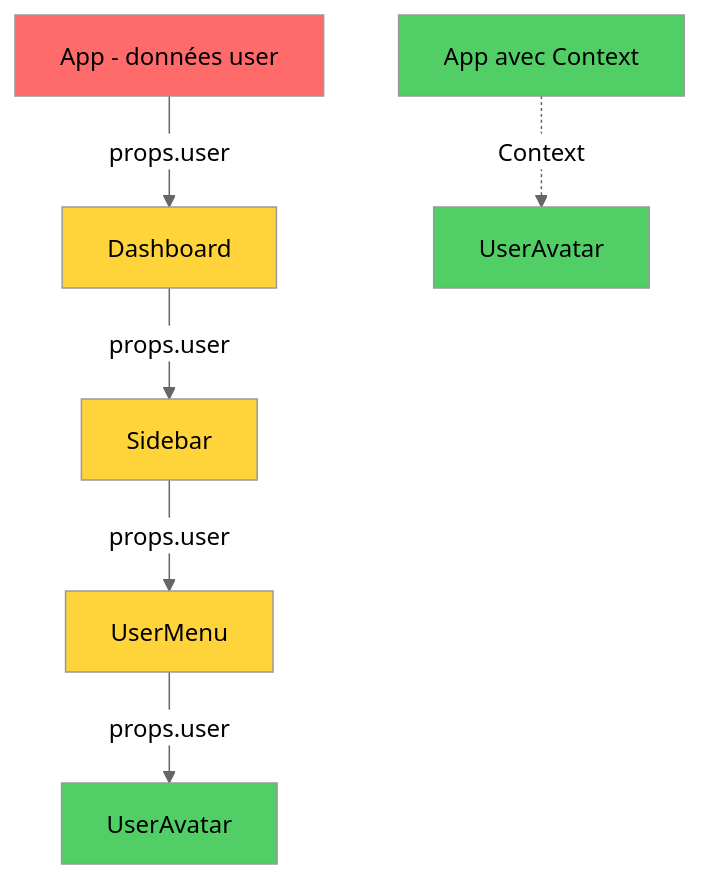
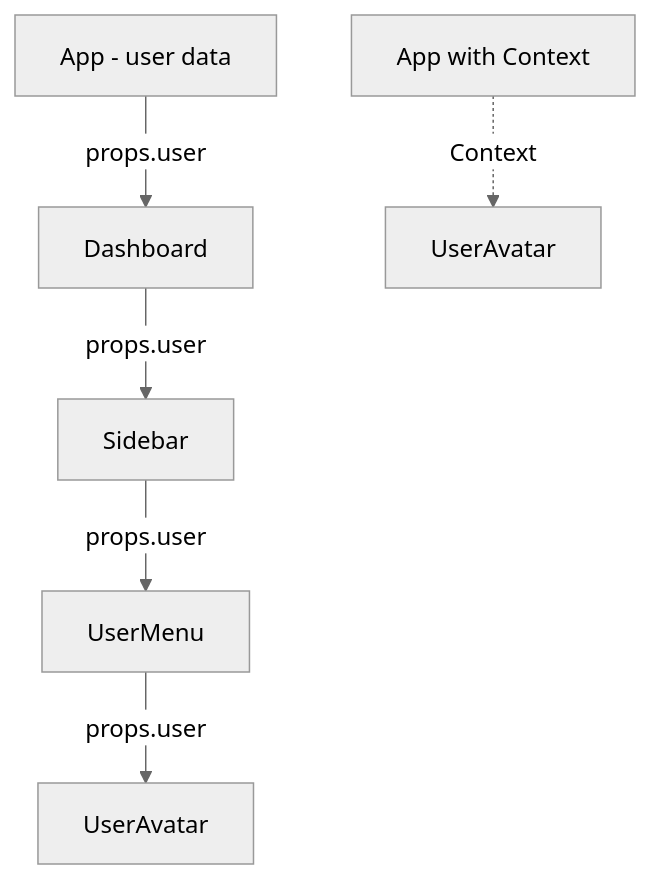
One commit to BabaScience/react-guides changed the third of 12 diagrams in arguments/chapters/fr/03-component-patterns-best-practices.md. Above: the diagram before and after it, drawn with Mermaid (neutral theme). The commit also changed other lines of this file and 29 other files, not shown here.

First line of the commit message:
Bring React FR/IT translations to full English parity + theme-safe diagrams

````diff
--- a/arguments/chapters/fr/03-component-patterns-best-practices.md
+++ b/arguments/chapters/fr/03-component-patterns-best-practices.md
@@ -93,17 +267,10 @@
 ```mermaid
 graph TD
-    A[App - données user] -->|props.user| B[Dashboard]
+    A[App - user data] -->|props.user| B[Dashboard]
     B -->|props.user| C[Sidebar]
     C -->|props.user| D[UserMenu]
     D -->|props.user| E[UserAvatar]
     
-    style A fill:#ff6b6b
-    style B fill:#ffd43b
-    style C fill:#ffd43b
-    style D fill:#ffd43b
-    style E fill:#51cf66
     
-    F[App avec Context] -.Context.-> G[UserAvatar]
-    style F fill:#51cf66
-    style G fill:#51cf66
+    F[App with Context] -.Context.-> G[UserAvatar]
 ```
````
